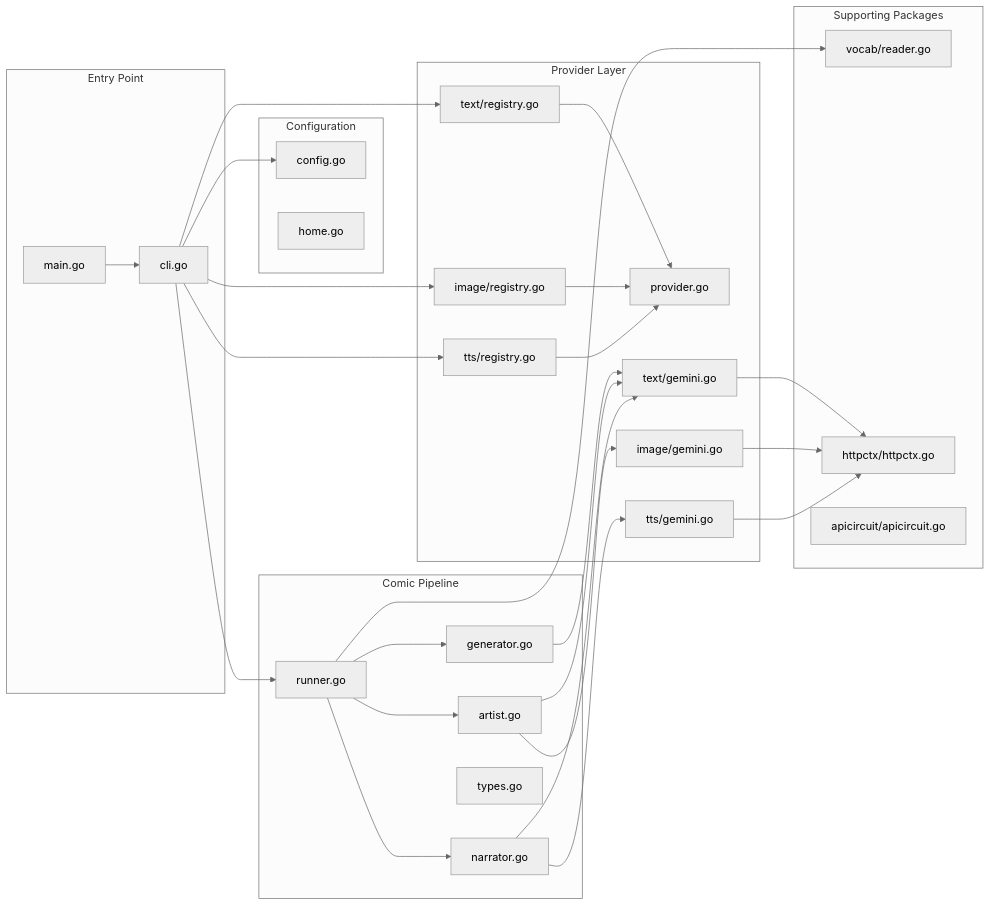
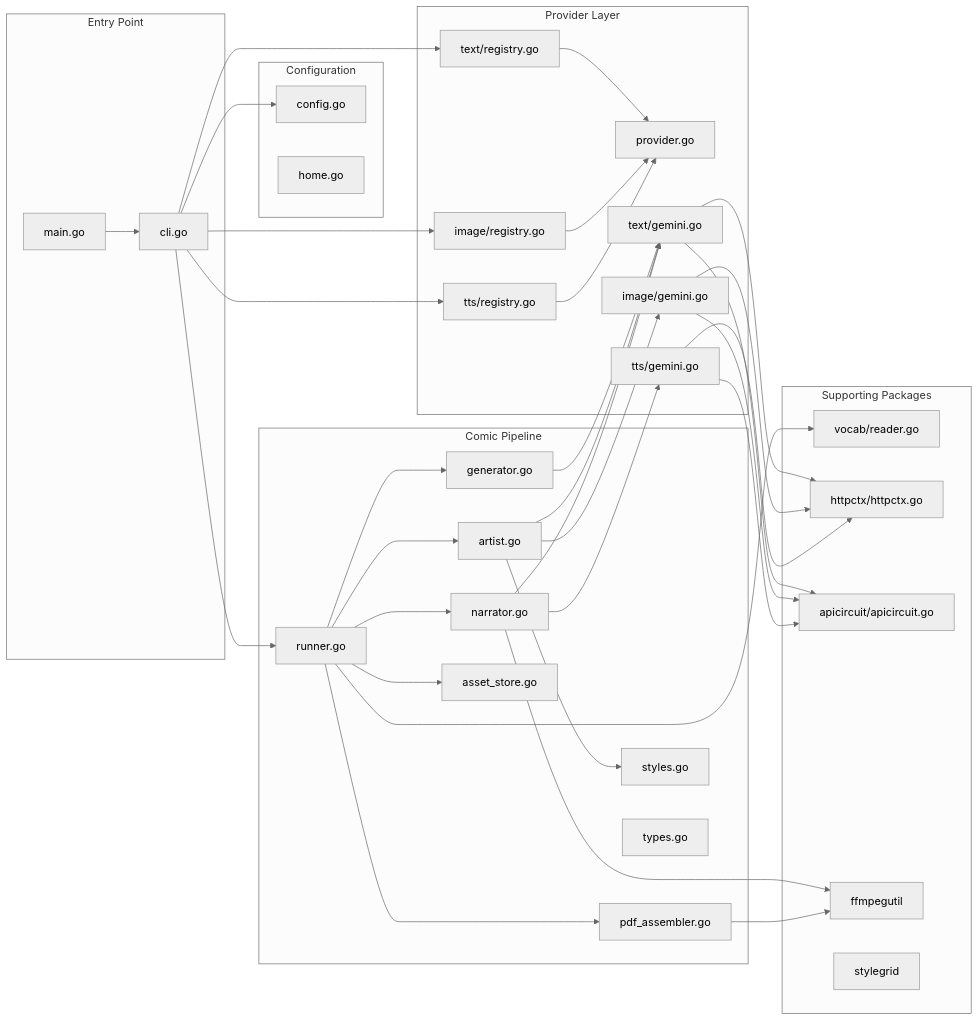
The second of 12 diagrams in docs/ARCHITECTURE.md (snonux/comicforge), drawn with Mermaid (neutral theme) before and after one commit. The commit also changed other lines of this file and 3 other files, not shown here.

First line of the commit message:
Refresh docs for map styles, deps, and architecture drift.

````diff
--- a/docs/ARCHITECTURE.md
+++ b/docs/ARCHITECTURE.md
@@ -77,58 +91,71 @@
 ```mermaid
 graph LR
     subgraph Entry["Entry Point"]
         M[main.go]
         C[cli.go]
     end
 
     subgraph Config["Configuration"]
         CFG[config.go]
         HOME[home.go]
     end
 
     subgraph Providers["Provider Layer"]
         P[provider.go]
         TR[text/registry.go]
         IR[image/registry.go]
         TTR[tts/registry.go]
         TG[text/gemini.go]
         IG[image/gemini.go]
         TTG[tts/gemini.go]
     end
 
     subgraph Pipeline["Comic Pipeline"]
         RUN[runner.go]
         GEN[generator.go]
         ART[artist.go]
         NAR[narrator.go]
+        STORE[asset_store.go]
+        PDFA[pdf_assembler.go]
+        STY[styles.go]
         TYP[types.go]
     end
 
     subgraph Support["Supporting Packages"]
         VOC[vocab/reader.go]
         HTP[httpctx/httpctx.go]
         CIR[apicircuit/apicircuit.go]
+        FF[ffmpegutil]
+        SG[stylegrid]
     end
 
     M --> C
     C --> CFG
     C --> RUN
     C --> TR
     C --> IR
     C --> TTR
     RUN --> GEN
     RUN --> ART
     RUN --> NAR
+    RUN --> STORE
+    RUN --> PDFA
     RUN --> VOC
+    ART --> STY
     GEN --> TG
     ART --> IG
     ART --> TG
     NAR --> TTG
     NAR --> TG
+    NAR --> FF
+    PDFA --> FF
     TR --> P
     IR --> P
     TTR --> P
     TG --> HTP
     IG --> HTP
     TTG --> HTP
+    TG --> CIR
+    IG --> CIR
+    TTG --> CIR
 ```
````
